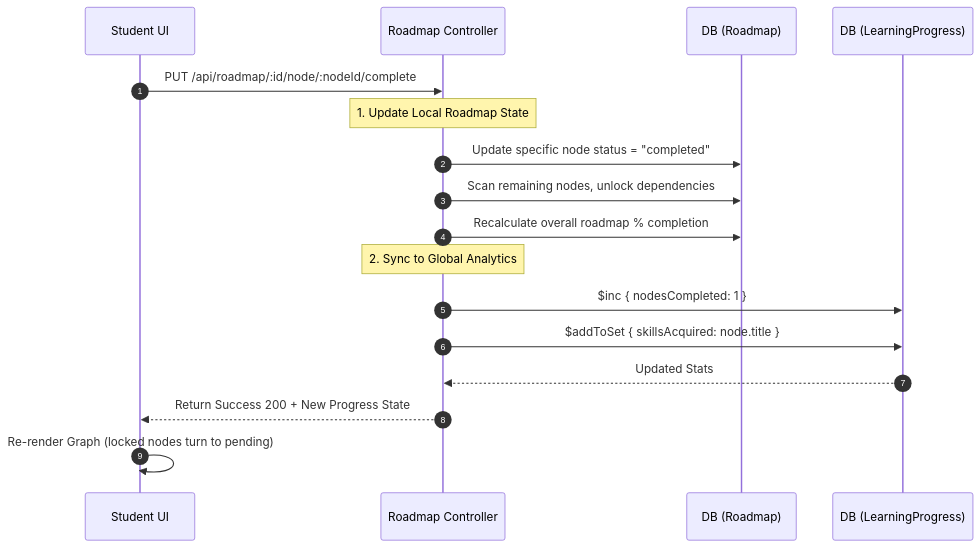
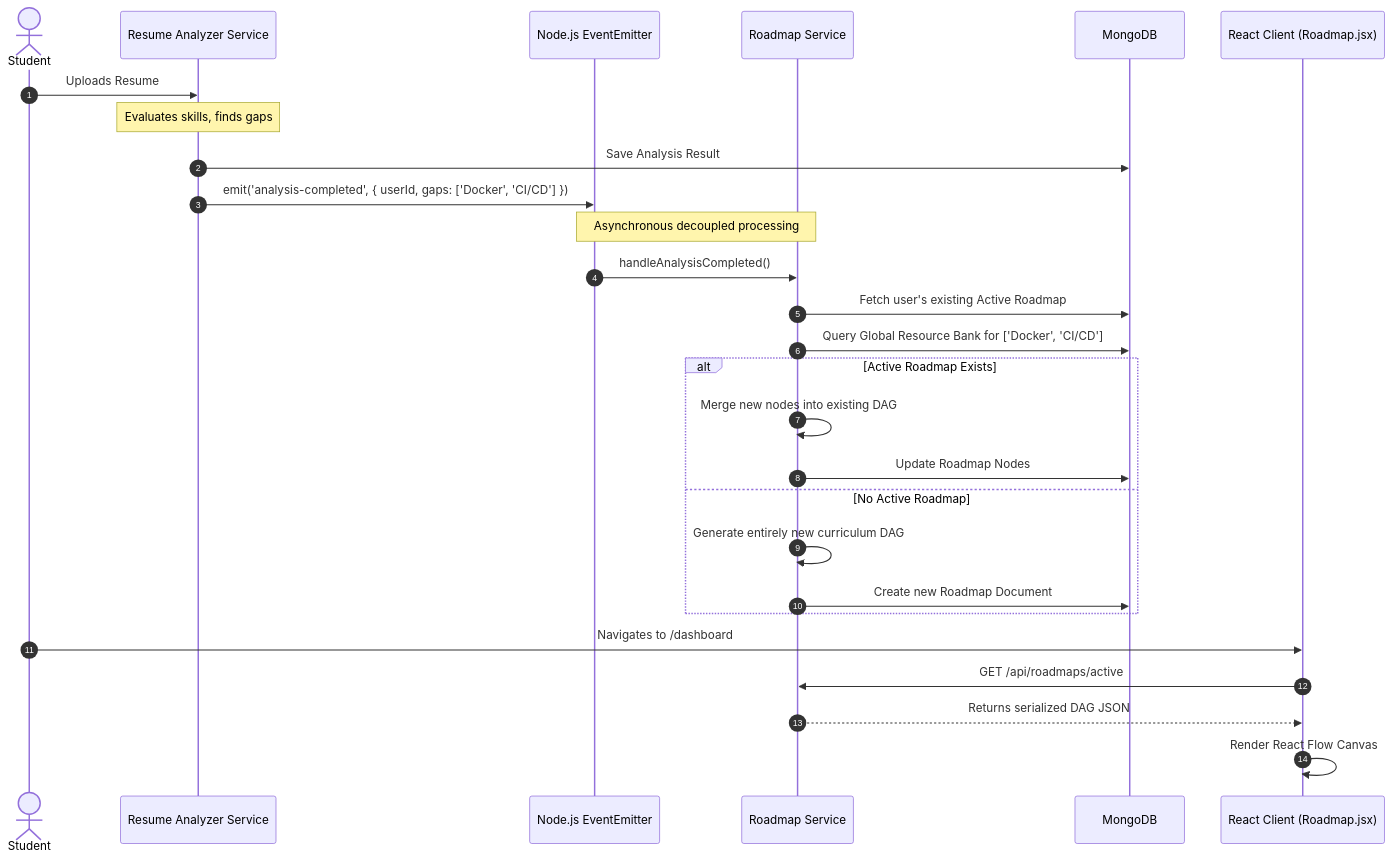
The first of 2 diagrams in docs/workflows/learning-roadmaps-workflow.md (kanwar05/SkillsSphere-AI), drawn with Mermaid before and after one commit. The commit also changed other lines of this file and 12 other files, not shown here.

````diff
--- a/docs/workflows/learning-roadmaps-workflow.md
+++ b/docs/workflows/learning-roadmaps-workflow.md
@@ -61,23 +33,35 @@
 ```mermaid
 sequenceDiagram
     autonumber
-    participant Student UI
-    participant Roadmap Controller
-    participant DB (Roadmap)
-    participant DB (LearningProgress)
-
-    Student UI->>Roadmap Controller: PUT /api/roadmap/:id/node/:nodeId/complete
+    actor User as Student
+    participant Resume as Resume Analyzer Service
+    participant EventBus as Node.js EventEmitter
+    participant Roadmap as Roadmap Service
+    participant DB as MongoDB
+    participant UI as React Client (Roadmap.jsx)
     
-    Note over Roadmap Controller: 1. Update Local Roadmap State
-    Roadmap Controller->>DB (Roadmap): Update specific node status = "completed"
-    Roadmap Controller->>DB (Roadmap): Scan remaining nodes, unlock dependencies
-    Roadmap Controller->>DB (Roadmap): Recalculate overall roadmap % completion
+    User->>Resume: Uploads Resume
+    Note over Resume: Evaluates skills, finds gaps
+    Resume->>DB: Save Analysis Result
     
-    Note over Roadmap Controller: 2. Sync to Global Analytics
-    Roadmap Controller->>DB (LearningProgress): $inc { nodesCompleted: 1 }
-    Roadmap Controller->>DB (LearningProgress): $addToSet { skillsAcquired: node.title }
+    Resume->>EventBus: emit('analysis-completed', { userId, gaps: ['Docker', 'CI/CD'] })
     
-    DB (LearningProgress)-->>Roadmap Controller: Updated Stats
-    Roadmap Controller-->>Student UI: Return Success 200 + New Progress State
-    Student UI->>Student UI: Re-render Graph (locked nodes turn to pending)
+    Note over EventBus, Roadmap: Asynchronous decoupled processing
+    EventBus->>Roadmap: handleAnalysisCompleted()
+    
+    Roadmap->>DB: Fetch user's existing Active Roadmap
+    Roadmap->>DB: Query Global Resource Bank for ['Docker', 'CI/CD']
+    
+    alt Active Roadmap Exists
+        Roadmap->>Roadmap: Merge new nodes into existing DAG
+        Roadmap->>DB: Update Roadmap Nodes
+    else No Active Roadmap
+        Roadmap->>Roadmap: Generate entirely new curriculum DAG
+        Roadmap->>DB: Create new Roadmap Document
+    end
+    
+    User->>UI: Navigates to /dashboard
+    UI->>Roadmap: GET /api/roadmaps/active
+    Roadmap-->>UI: Returns serialized DAG JSON
+    UI->>UI: Render React Flow Canvas
 ```
````
